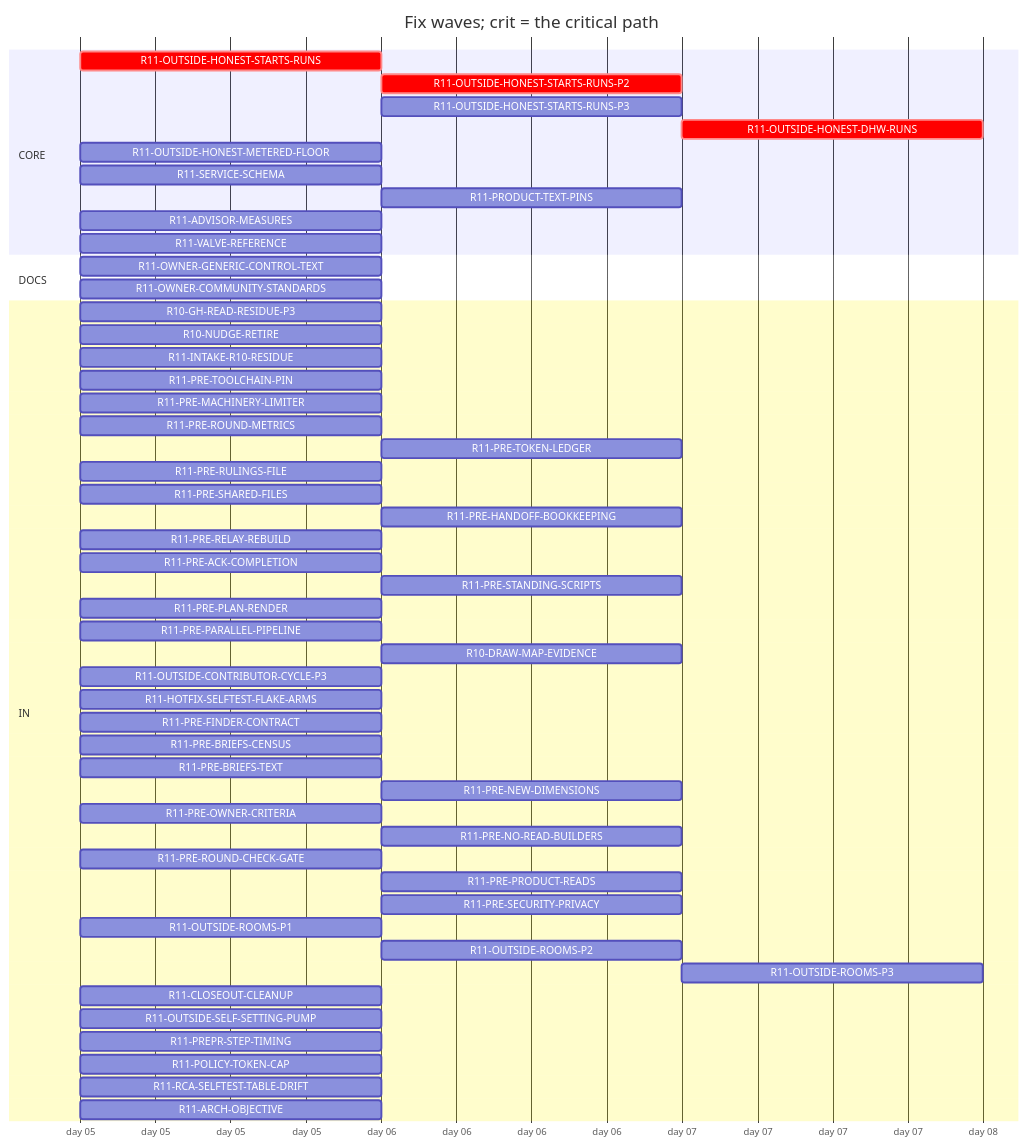
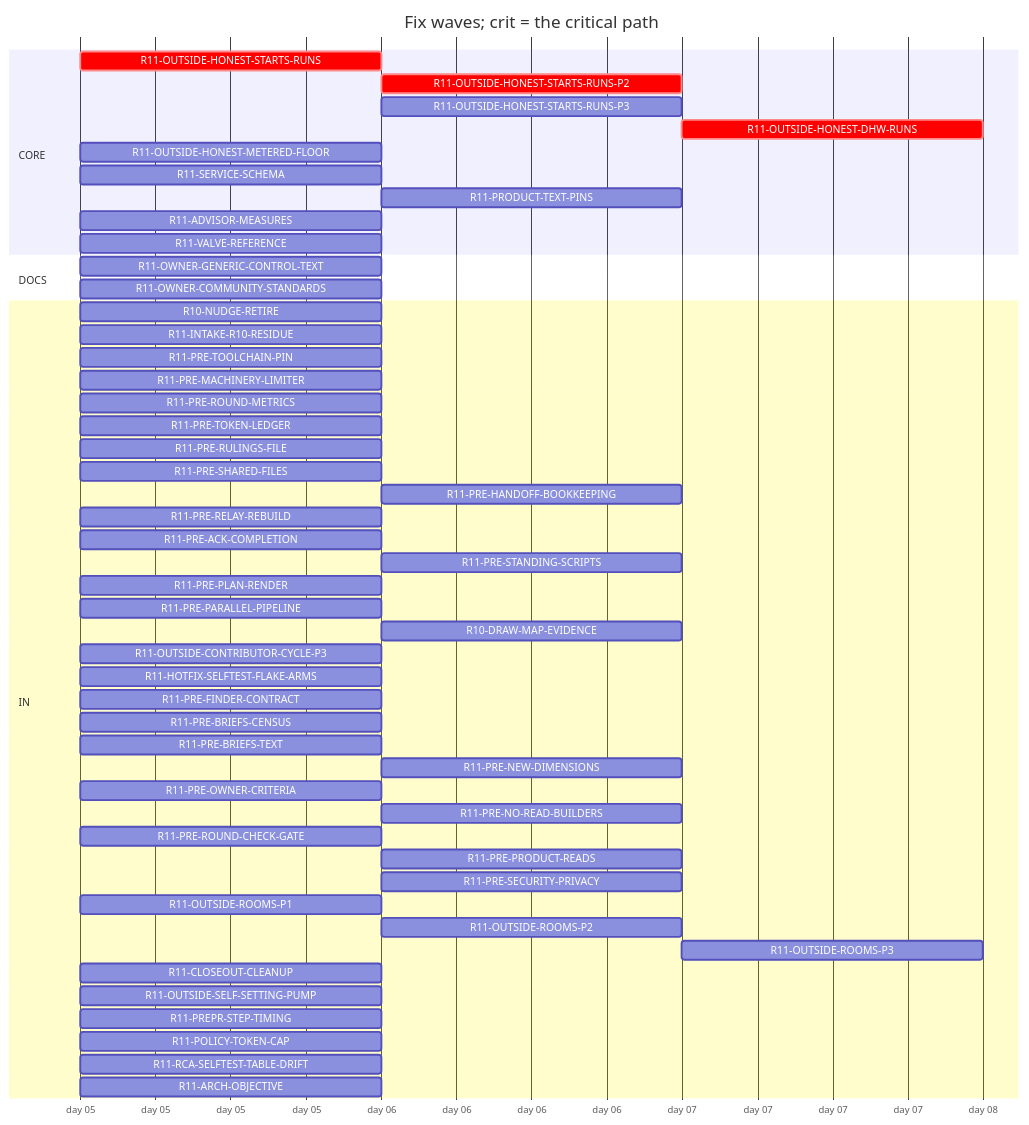
Before and after one commit to tvofi/heatpump_optimizer: the diagram in handoff/round11/state/PLAN-TABLE.md, drawn with Mermaid. The commit also changed other lines of this file and 4 other files, not shown here.

Commit message:
state: FLOW-BOARD.md, NEXT-SESSION-PROMPT.md, PLAN-TABLE.md, PLAN.html, RESUME-CURRENT.md regenerated (state_docs.py)

````diff
--- a/handoff/round11/state/PLAN-TABLE.md
+++ b/handoff/round11/state/PLAN-TABLE.md
@@ -16,56 +16,55 @@
 ```mermaid
 gantt
   title Fix waves; crit = the critical path
   dateFormat YYYY-MM-DD
   axisFormat day %d
   section CORE
     R11-OUTSIDE-HONEST-STARTS-RUNS :crit, r11OUTSIDEHONESTSTARTSRUNS, 2026-01-05, 1d
     R11-OUTSIDE-HONEST-STARTS-RUNS-P2 :crit, r11OUTSIDEHONESTSTARTSRUNSP2, after r11OUTSIDEHONESTSTARTSRUNS, 1d
     R11-OUTSIDE-HONEST-STARTS-RUNS-P3 :r11OUTSIDEHONESTSTARTSRUNSP3, after r11OUTSIDEHONESTSTARTSRUNS, 1d
     R11-OUTSIDE-HONEST-DHW-RUNS :crit, r11OUTSIDEHONESTDHWRUNS, after r11OUTSIDEHONESTSTARTSRUNS r11OUTSIDEHONESTSTARTSRUNSP2, 1d
     R11-OUTSIDE-HONEST-METERED-FLOOR :r11OUTSIDEHONESTMETEREDFLOOR, 2026-01-05, 1d
     R11-SERVICE-SCHEMA :r11SERVICESCHEMA, 2026-01-05, 1d
     R11-PRODUCT-TEXT-PINS :r11PRODUCTTEXTPINS, after r11OUTSIDEROOMSP1, 1d
     R11-ADVISOR-MEASURES :r11ADVISORMEASURES, 2026-01-05, 1d
     R11-VALVE-REFERENCE :r11VALVEREFERENCE, 2026-01-05, 1d
   section DOCS
     R11-OWNER-GENERIC-CONTROL-TEXT :r11OWNERGENERICCONTROLTEXT, 2026-01-05, 1d
     R11-OWNER-COMMUNITY-STANDARDS :r11OWNERCOMMUNITYSTANDARDS, 2026-01-05, 1d
   section IN
-    R10-GH-READ-RESIDUE-P3 :r10GHREADRESIDUEP3, 2026-01-05, 1d
     R10-NUDGE-RETIRE :r10NUDGERETIRE, 2026-01-05, 1d
     R11-INTAKE-R10-RESIDUE :r11INTAKER10RESIDUE, 2026-01-05, 1d
     R11-PRE-TOOLCHAIN-PIN :r11PRETOOLCHAINPIN, 2026-01-05, 1d
     R11-PRE-MACHINERY-LIMITER :r11PREMACHINERYLIMITER, 2026-01-05, 1d
     R11-PRE-ROUND-METRICS :r11PREROUNDMETRICS, 2026-01-05, 1d
-    R11-PRE-TOKEN-LEDGER :r11PRETOKENLEDGER, after r10GHREADRESIDUEP3, 1d
+    R11-PRE-TOKEN-LEDGER :r11PRETOKENLEDGER, 2026-01-05, 1d
     R11-PRE-RULINGS-FILE :r11PRERULINGSFILE, 2026-01-05, 1d
     R11-PRE-SHARED-FILES :r11PRESHAREDFILES, 2026-01-05, 1d
     R11-PRE-HANDOFF-BOOKKEEPING :r11PREHANDOFFBOOKKEEPING, after r11PRERELAYREBUILD, 1d
     R11-PRE-RELAY-REBUILD :r11PRERELAYREBUILD, 2026-01-05, 1d
     R11-PRE-ACK-COMPLETION :r11PREACKCOMPLETION, 2026-01-05, 1d
     R11-PRE-STANDING-SCRIPTS :r11PRESTANDINGSCRIPTS, after r11PREPARALLELPIPELINE, 1d
     R11-PRE-PLAN-RENDER :r11PREPLANRENDER, 2026-01-05, 1d
     R11-PRE-PARALLEL-PIPELINE :r11PREPARALLELPIPELINE, 2026-01-05, 1d
     R10-DRAW-MAP-EVIDENCE :r10DRAWMAPEVIDENCE, after r11OUTSIDESELFSETTINGPUMP, 1d
     R11-OUTSIDE-CONTRIBUTOR-CYCLE-P3 :r11OUTSIDECONTRIBUTORCYCLEP3, 2026-01-05, 1d
     R11-HOTFIX-SELFTEST-FLAKE-ARMS :r11HOTFIXSELFTESTFLAKEARMS, 2026-01-05, 1d
     R11-PRE-FINDER-CONTRACT :r11PREFINDERCONTRACT, 2026-01-05, 1d
     R11-PRE-BRIEFS-CENSUS :r11PREBRIEFSCENSUS, 2026-01-05, 1d
     R11-PRE-BRIEFS-TEXT :r11PREBRIEFSTEXT, 2026-01-05, 1d
     R11-PRE-NEW-DIMENSIONS :r11PRENEWDIMENSIONS, after r11PREFINDERCONTRACT r11PREBRIEFSCENSUS, 1d
     R11-PRE-OWNER-CRITERIA :r11PREOWNERCRITERIA, 2026-01-05, 1d
     R11-PRE-NO-READ-BUILDERS :r11PRENOREADBUILDERS, after r11PREMACHINERYLIMITER, 1d
     R11-PRE-ROUND-CHECK-GATE :r11PREROUNDCHECKGATE, 2026-01-05, 1d
     R11-PRE-PRODUCT-READS :r11PREPRODUCTREADS, after r11PREBRIEFSCENSUS, 1d
     R11-PRE-SECURITY-PRIVACY :r11PRESECURITYPRIVACY, after r11PREFINDERCONTRACT r11PREBRIEFSCENSUS, 1d
     R11-OUTSIDE-ROOMS-P1 :r11OUTSIDEROOMSP1, 2026-01-05, 1d
     R11-OUTSIDE-ROOMS-P2 :r11OUTSIDEROOMSP2, after r11OUTSIDEROOMSP1, 1d
     R11-OUTSIDE-ROOMS-P3 :r11OUTSIDEROOMSP3, after r11OUTSIDEROOMSP2, 1d
     R11-CLOSEOUT-CLEANUP :r11CLOSEOUTCLEANUP, 2026-01-05, 1d
     R11-OUTSIDE-SELF-SETTING-PUMP :r11OUTSIDESELFSETTINGPUMP, 2026-01-05, 1d
     R11-PREPR-STEP-TIMING :r11PREPRSTEPTIMING, 2026-01-05, 1d
     R11-POLICY-TOKEN-CAP :r11POLICYTOKENCAP, 2026-01-05, 1d
     R11-RCA-SELFTEST-TABLE-DRIFT :r11RCASELFTESTTABLEDRIFT, 2026-01-05, 1d
     R11-ARCH-OBJECTIVE :r11ARCHOBJECTIVE, 2026-01-05, 1d
 ```
````
